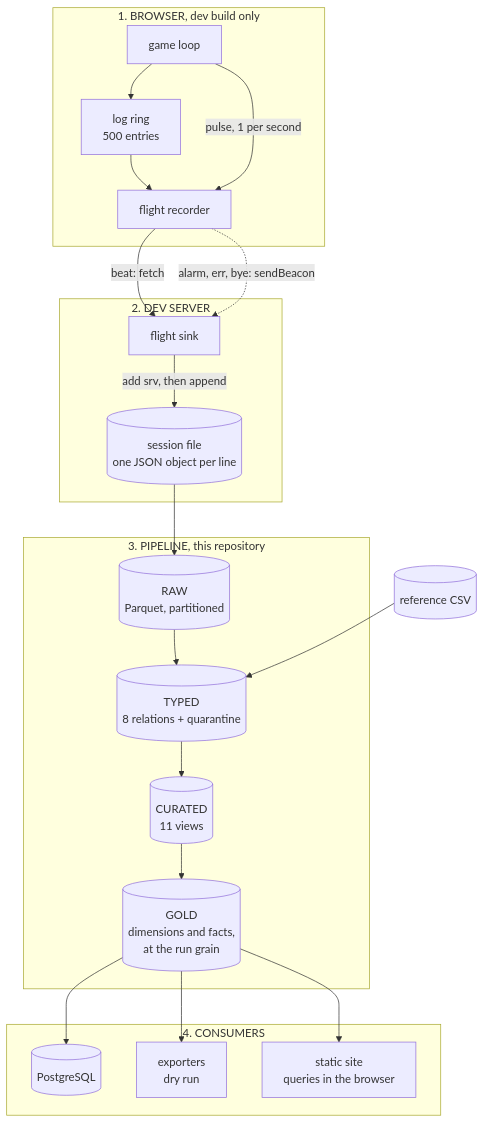
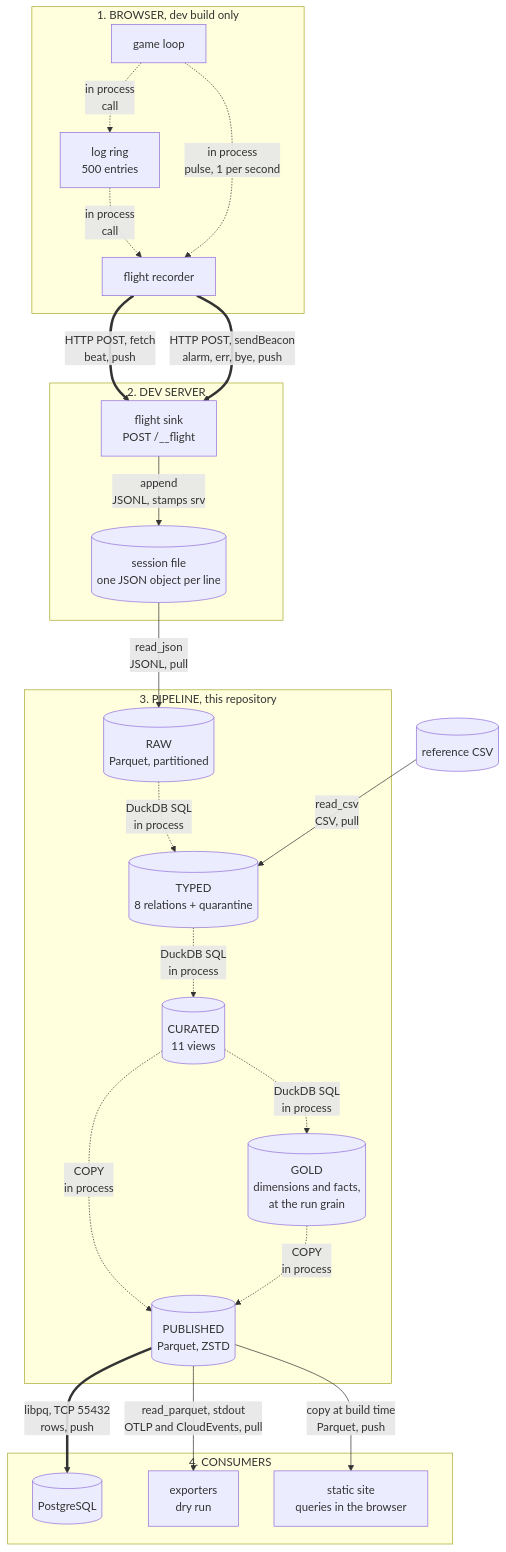
One commit to MrBisonte/flightdeck changed the first of 4 diagrams in docs/architecture.md. Above: the diagram before and after it, drawn with Mermaid. The commit also changed other lines of this file and 1 other file, not shown here.

First line of the commit message:
docs: name the transport on every diagram edge

````diff
--- a/docs/architecture.md
+++ b/docs/architecture.md
@@ -22,38 +40,44 @@
 ```mermaid
 flowchart TB
   subgraph A["1. BROWSER, dev build only"]
     game["game loop"]
     ring["log ring<br/>500 entries"]
     rec["flight recorder"]
-    game --> ring --> rec
-    game -->|"pulse, 1 per second"| rec
+    game -.->|"in process<br/>call"| ring
+    ring -.->|"in process<br/>call"| rec
+    game -.->|"in process<br/>pulse, 1 per second"| rec
   end
 
   subgraph B["2. DEV SERVER"]
-    sink["flight sink"]
+    sink["flight sink<br/>POST /__flight"]
     log[("session file<br/>one JSON object per line")]
-    sink -->|"add srv, then append"| log
+    sink -->|"append<br/>JSONL, stamps srv"| log
   end
 
   subgraph C["3. PIPELINE, this repository"]
     raw[("RAW<br/>Parquet, partitioned")]
     typed[("TYPED<br/>8 relations + quarantine")]
     cur[("CURATED<br/>11 views")]
     gold[("GOLD<br/>dimensions and facts,<br/>at the run grain")]
-    raw --> typed --> cur --> gold
+    pub[("PUBLISHED<br/>Parquet, ZSTD")]
+    raw -.->|"DuckDB SQL<br/>in process"| typed
+    typed -.->|"DuckDB SQL<br/>in process"| cur
+    cur -.->|"DuckDB SQL<br/>in process"| gold
+    cur -.->|"COPY<br/>in process"| pub
+    gold -.->|"COPY<br/>in process"| pub
   end
 
   subgraph D["4. CONSUMERS"]
     pg[("PostgreSQL")]
     ph["exporters<br/>dry run"]
     site["static site<br/>queries in the browser"]
   end
 
-  rec -->|"beat: fetch"| sink
-  rec -.->|"alarm, err, bye: sendBeacon"| sink
-  log --> raw
-  ref[("reference CSV")] --> typed
-  gold --> pg
-  gold --> ph
-  gold --> site
+  rec ==>|"HTTP POST, fetch<br/>beat, push"| sink
+  rec ==>|"HTTP POST, sendBeacon<br/>alarm, err, bye, push"| sink
+  log -->|"read_json<br/>JSONL, pull"| raw
+  ref[("reference CSV")] -->|"read_csv<br/>CSV, pull"| typed
+  pub ==>|"libpq, TCP 55432<br/>rows, push"| pg
+  pub -->|"read_parquet, stdout<br/>OTLP and CloudEvents, pull"| ph
+  pub -->|"copy at build time<br/>Parquet, push"| site
 ```
````
